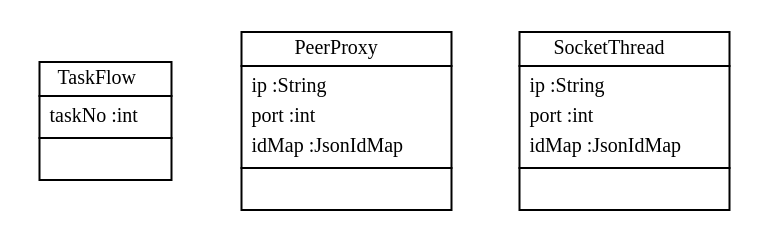
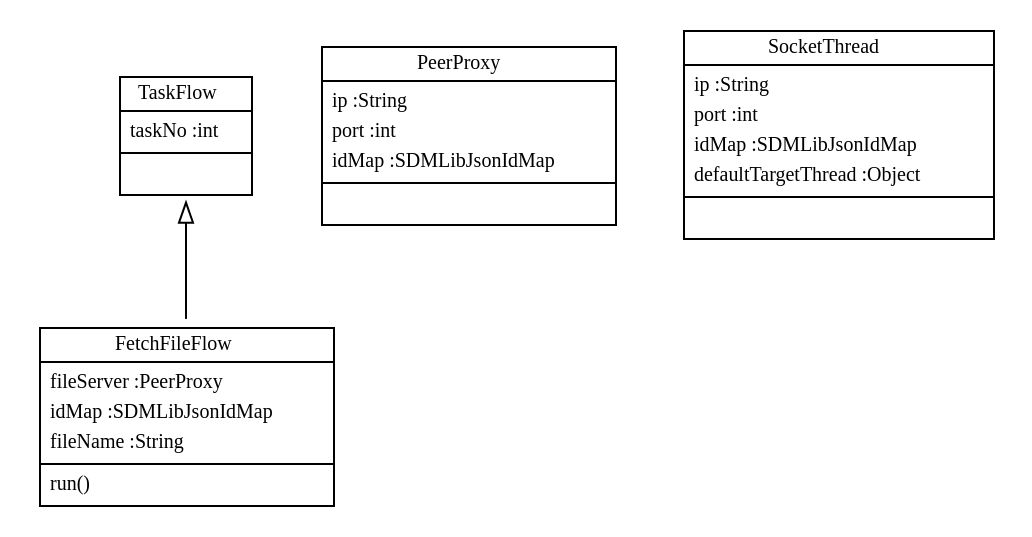
Before and after one commit to fujaba/SDMLib: the diagram in doc/taskflowmodeldiag.dot, drawn with Graphviz. The commit also changed 41 other files, not shown here.

```diff
--- a/doc/taskflowmodeldiag.dot
+++ b/doc/taskflowmodeldiag.dot
@@ -1,13 +1,15 @@
 
  digraph ClassDiagram {
     node [shape = none, fontsize = 10]; 
     edge [fontsize = 10];
     
     
     _TaskFlow [label=<<table border='0' cellborder='1' cellspacing='0'> <tr> <td>TaskFlow</td> </tr> <tr><td><table border='0' cellborder='0' cellspacing='0'> <tr><td align='left'>taskNo :int</td></tr>  </table></td></tr> <tr><td><table border='0' cellborder='0' cellspacing='0'> <tr><td> </td></tr> </table></td></tr> </table>>];
-    _PeerProxy [label=<<table border='0' cellborder='1' cellspacing='0'> <tr> <td>PeerProxy</td> </tr> <tr><td><table border='0' cellborder='0' cellspacing='0'> <tr><td align='left'>ip :String</td></tr> <tr><td align='left'>port :int</td></tr> <tr><td align='left'>idMap :JsonIdMap</td></tr>  </table></td></tr> <tr><td><table border='0' cellborder='0' cellspacing='0'> <tr><td> </td></tr> </table></td></tr> </table>>];
-    _SocketThread [label=<<table border='0' cellborder='1' cellspacing='0'> <tr> <td>SocketThread</td> </tr> <tr><td><table border='0' cellborder='0' cellspacing='0'> <tr><td align='left'>ip :String</td></tr> <tr><td align='left'>port :int</td></tr> <tr><td align='left'>idMap :JsonIdMap</td></tr>  </table></td></tr> <tr><td><table border='0' cellborder='0' cellspacing='0'> <tr><td> </td></tr> </table></td></tr> </table>>];
+    _PeerProxy [label=<<table border='0' cellborder='1' cellspacing='0'> <tr> <td>PeerProxy</td> </tr> <tr><td><table border='0' cellborder='0' cellspacing='0'> <tr><td align='left'>ip :String</td></tr> <tr><td align='left'>port :int</td></tr> <tr><td align='left'>idMap :SDMLibJsonIdMap</td></tr>  </table></td></tr> <tr><td><table border='0' cellborder='0' cellspacing='0'> <tr><td> </td></tr> </table></td></tr> </table>>];
+    _SocketThread [label=<<table border='0' cellborder='1' cellspacing='0'> <tr> <td>SocketThread</td> </tr> <tr><td><table border='0' cellborder='0' cellspacing='0'> <tr><td align='left'>ip :String</td></tr> <tr><td align='left'>port :int</td></tr> <tr><td align='left'>idMap :SDMLibJsonIdMap</td></tr> <tr><td align='left'>defaultTargetThread :Object</td></tr>  </table></td></tr> <tr><td><table border='0' cellborder='0' cellspacing='0'> <tr><td> </td></tr> </table></td></tr> </table>>];
+    _FetchFileFlow [label=<<table border='0' cellborder='1' cellspacing='0'> <tr> <td>FetchFileFlow</td> </tr> <tr><td><table border='0' cellborder='0' cellspacing='0'> <tr><td align='left'>fileServer :PeerProxy</td></tr> <tr><td align='left'>idMap :SDMLibJsonIdMap</td></tr> <tr><td align='left'>fileName :String</td></tr>  </table></td></tr> <tr><td><table border='0' cellborder='0' cellspacing='0'> <tr><td align='left'>run()</td></tr>  </table></td></tr> </table>>];
     
     
     
+    _TaskFlow ->  _FetchFileFlow [dir = "back" arrowtail = "empty"];
 }
```
